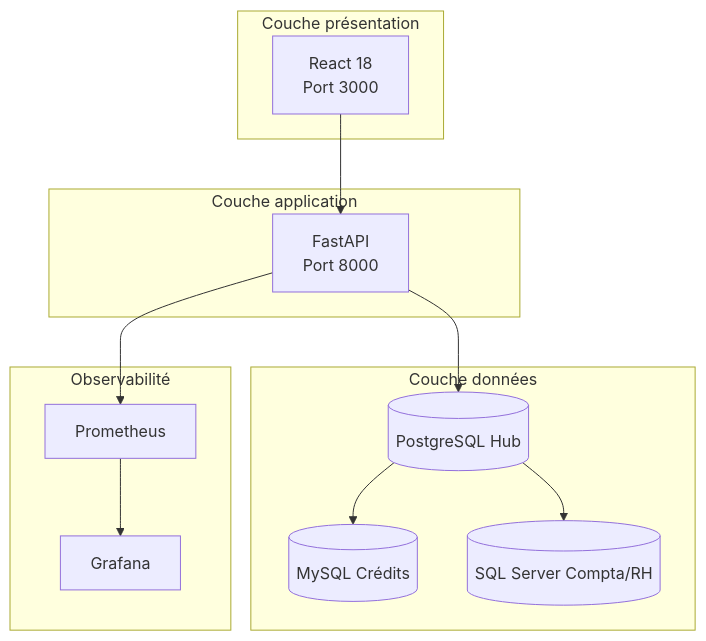
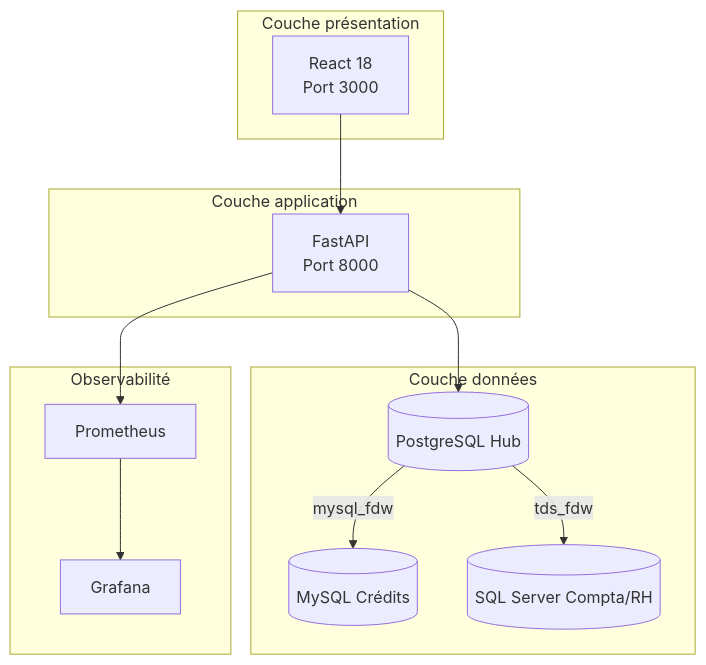
One commit to JosherenPro/projet_base_federee_DBA changed the second of 10 diagrams in presentation/presentation.md. Above: the diagram before and after it, drawn with Mermaid. The commit also changed other lines of this file and 1 other file, not shown here.

````diff
--- a/presentation/presentation.md
+++ b/presentation/presentation.md
@@ -263,25 +261,25 @@
 ```mermaid
 flowchart TB
     subgraph presentation["Couche présentation"]
         FE[React 18<br/>Port 3000]
     end
     subgraph application["Couche application"]
         API[FastAPI<br/>Port 8000]
     end
     subgraph data["Couche données"]
         PG[(PostgreSQL Hub)]
         MY[(MySQL Crédits)]
         MS[(SQL Server Compta/RH)]
     end
     subgraph obs["Observabilité"]
         PR[Prometheus]
         GF[Grafana]
     end
 
     FE --> API
     API --> PG
-    PG --> MY
-    PG --> MS
+    PG -->|mysql_fdw| MY
+    PG -->|tds_fdw| MS
     API --> PR
     PR --> GF
 ```
````
